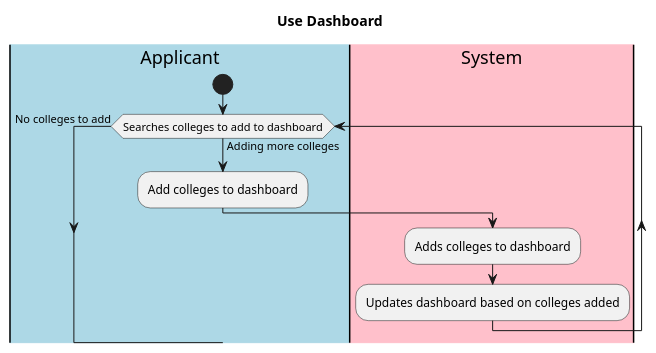
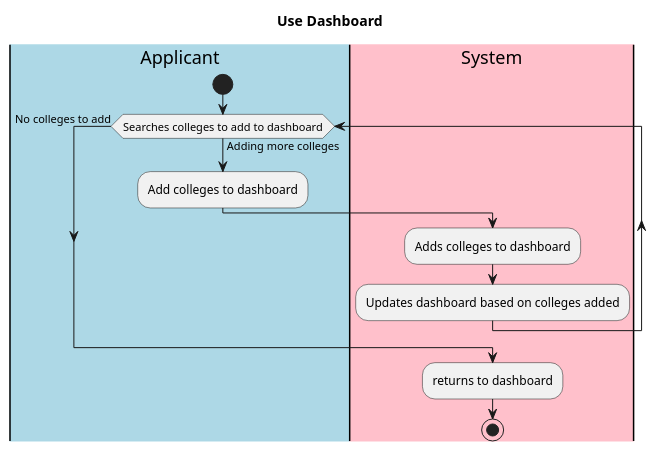
Before and after one commit to jlederer33/Essay-Review-App: the diagram in intellij/use-cases/usedashboard.md, drawn with PlantUML.

Commit message:
Fixed used dashboard, now has proper end

````diff
--- a/intellij/use-cases/usedashboard.md
+++ b/intellij/use-cases/usedashboard.md
@@ -1,20 +1,22 @@
 ```plantuml
 title Use Dashboard
 
 
 |#lightblue|Applicant|
 |#pink|System|
 
 |Applicant|
 start
 while(Searches colleges to add to dashboard) is (Adding more colleges)
 :Add colleges to dashboard;
 |System|
 :Adds colleges to dashboard;
 :Updates dashboard based on colleges added;
 endwhile (No colleges to add)
-
+|System|
+:returns to dashboard;
+stop
 
 
 
 ```
````
